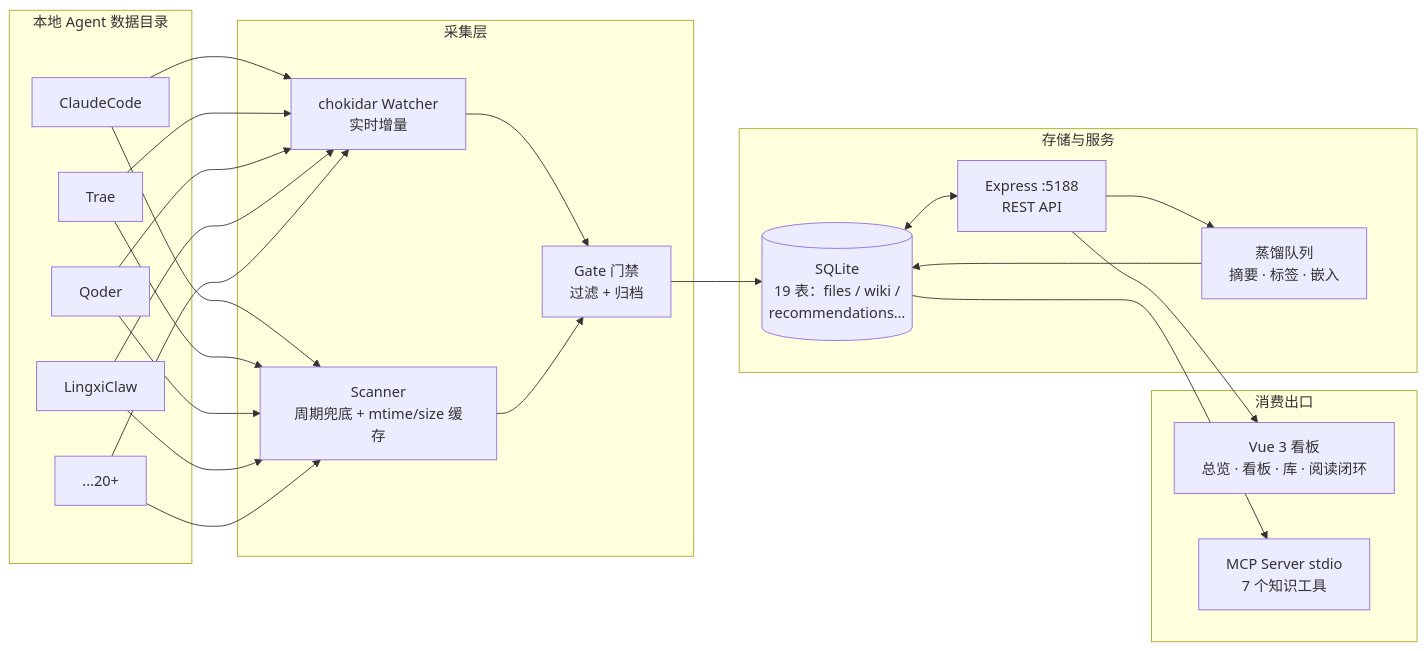
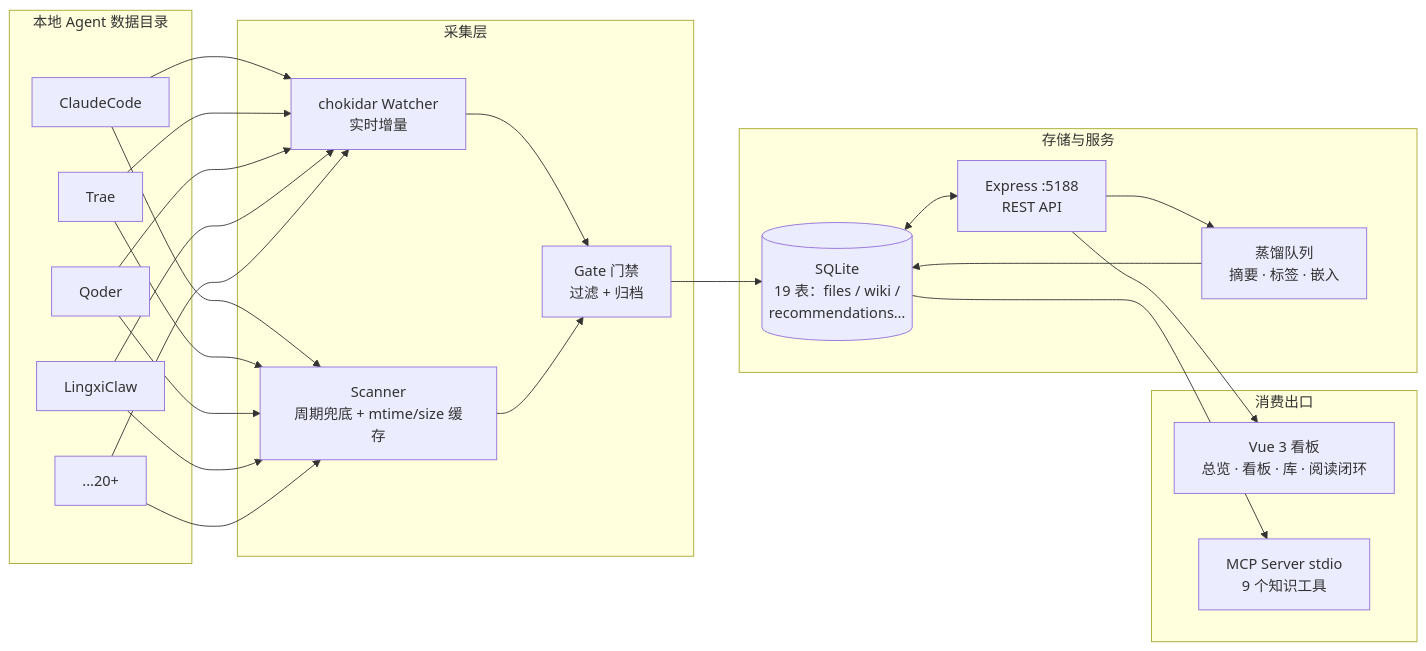
Before and after one commit to anyeduke11/AgentFeed: the diagram in README.md, drawn with Mermaid. The commit also changed other lines of this file and 2 other files, not shown here.

````diff
--- a/README.md
+++ b/README.md
@@ -34,28 +36,28 @@
 ```mermaid
 flowchart LR
     subgraph 本地 Agent 数据目录
         A1[ClaudeCode] ; A2[Trae] ; A3[Qoder] ; A4[LingxiClaw] ; A5[...20+]
     end
     subgraph 采集层
         W[chokidar Watcher<br/>实时增量] 
         S[Scanner<br/>周期兜底 + mtime/size 缓存]
         G[Gate 门禁<br/>过滤 + 归档]
     end
     subgraph 存储与服务
         DB[(SQLite<br/>19 表：files / wiki /<br/>recommendations…)]
         API[Express :5188<br/>REST API]
         LLM[蒸馏队列<br/>摘要 · 标签 · 嵌入]
     end
     subgraph 消费出口
         WEB[Vue 3 看板<br/>总览 · 看板 · 库 · 阅读闭环]
-        MCP[MCP Server stdio<br/>7 个知识工具]
+        MCP[MCP Server stdio<br/>9 个知识工具]
     end
     A1 & A2 & A3 & A4 & A5 --> W
     A1 & A2 & A3 & A4 & A5 --> S
     W --> G --> DB
     S --> G
     DB <--> API
     API --> LLM --> DB
     API --> WEB
     DB --> MCP
 ```
````
